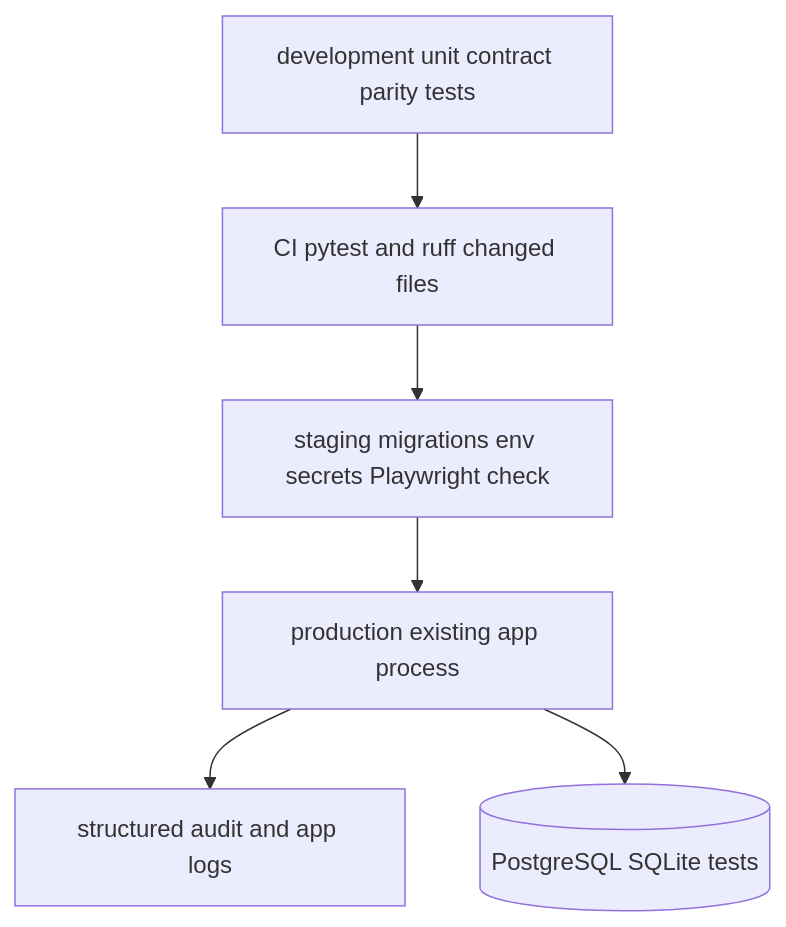
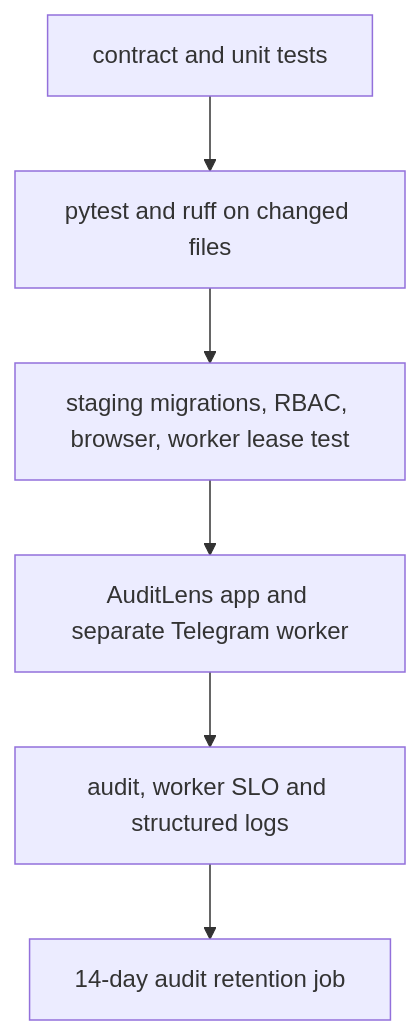
Before and after one commit to SashaEee/auditLens: the third of 3 diagrams in docs/loophole/bmad/planning-artifacts/architecture/architecture-auditLens-2026-08-26/ARCHITECTURE-SPINE.md, drawn with Mermaid. The commit also changed other lines of this file and 12 other files, not shown here.

````diff
--- a/docs/loophole/bmad/planning-artifacts/architecture/architecture-auditLens-2026-08-26/ARCHITECTURE-SPINE.md
+++ b/docs/loophole/bmad/planning-artifacts/architecture/architecture-auditLens-2026-08-26/ARCHITECTURE-SPINE.md
@@ -183,8 +337,8 @@
 ```mermaid
 flowchart TD
-  DEV[development unit contract parity tests] --> CI[CI pytest and ruff changed files]
-  CI --> STAGE[staging migrations env secrets Playwright check]
-  STAGE --> PROD[production existing app process]
-  PROD --> OBS[structured audit and app logs]
-  PROD --> DB[(PostgreSQL SQLite tests)]
+  DEV[contract and unit tests] --> CI[pytest and ruff on changed files]
+  CI --> STAGE[staging migrations, RBAC, browser, worker lease test]
+  STAGE --> PROD[AuditLens app and separate Telegram worker]
+  PROD --> OBS[audit, worker SLO and structured logs]
+  OBS --> RETENTION[14-day audit retention job]
 ```
````
